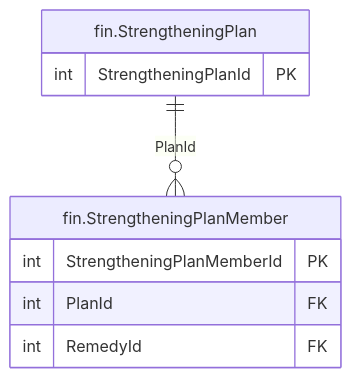
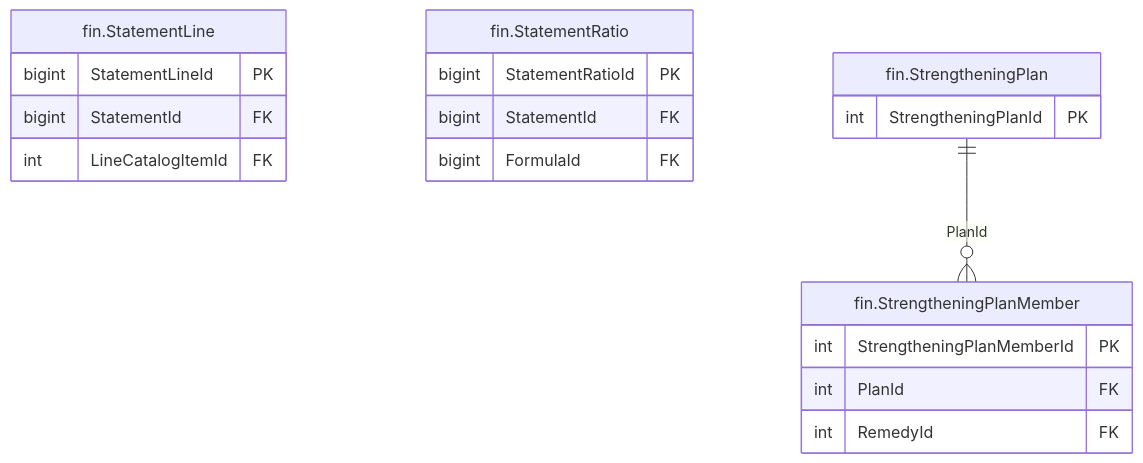
One commit to thawrasy/smartlines changed the diagram in treasury-platform/docs/diagrams/erd/m5_financials_13.mmd. Above: the diagram before and after it, drawn with Mermaid. The commit also changed 126 other files, not shown here.

```diff
--- a/treasury-platform/docs/diagrams/erd/m5_financials_13.mmd
+++ b/treasury-platform/docs/diagrams/erd/m5_financials_13.mmd
@@ -1,11 +1,21 @@
 %% م5 · البيانات المالية والأرصدة (13/13) — Financial statements & balances
 erDiagram
+  fin_StatementLine["fin.StatementLine"] {
+    bigint StatementLineId PK
+    bigint StatementId FK
+    int LineCatalogItemId FK
+  }
+  fin_StatementRatio["fin.StatementRatio"] {
+    bigint StatementRatioId PK
+    bigint StatementId FK
+    bigint FormulaId FK
+  }
   fin_StrengtheningPlan["fin.StrengtheningPlan"] {
     int StrengtheningPlanId PK
   }
   fin_StrengtheningPlanMember["fin.StrengtheningPlanMember"] {
     int StrengtheningPlanMemberId PK
     int PlanId FK
     int RemedyId FK
   }
   fin_StrengtheningPlan ||--o{ fin_StrengtheningPlanMember : "PlanId"
```
